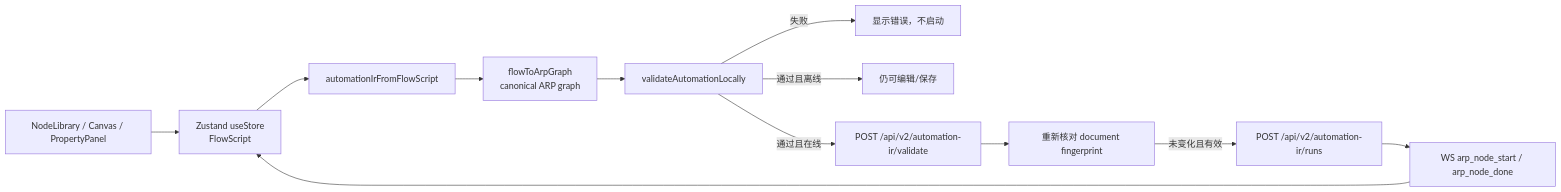
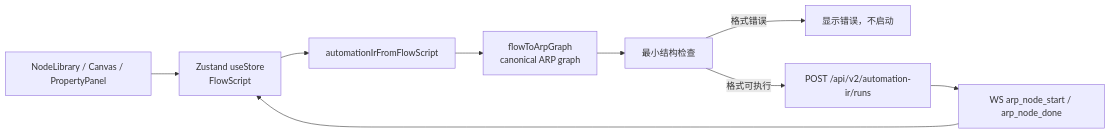
One commit to zoujiapeng/lingdong-script changed the third of 6 diagrams in docs/project-guide/05-file-reference-typescript-electron.md. Above: the diagram before and after it, drawn with Mermaid. The commit also changed other lines of this file and 62 other files, not shown here.

````diff
--- a/docs/project-guide/05-file-reference-typescript-electron.md
+++ b/docs/project-guide/05-file-reference-typescript-electron.md
@@ -128,14 +128,11 @@
 ```mermaid
 flowchart LR
   UI["NodeLibrary / Canvas / PropertyPanel"] --> Store["Zustand useStore\nFlowScript"]
   Store --> AIR["automationIrFromFlowScript"]
   AIR --> Graph["flowToArpGraph\ncanonical ARP graph"]
-  Graph --> Local["validateAutomationLocally"]
-  Local -->|失败| Stop["显示错误，不启动"]
-  Local -->|通过且离线| Edit["仍可编辑/保存"]
-  Local -->|通过且在线| Remote["POST /api/v2/automation-ir/validate"]
-  Remote --> Fingerprint["重新核对 document fingerprint"]
-  Fingerprint -->|未变化且有效| Run["POST /api/v2/automation-ir/runs"]
+  Graph --> Shape["最小结构检查"]
+  Shape -->|格式错误| Stop["显示错误，不启动"]
+  Shape -->|格式可执行| Run["POST /api/v2/automation-ir/runs"]
   Run --> Events["WS arp_node_start / arp_node_done"]
   Events --> Store
 ```
````
